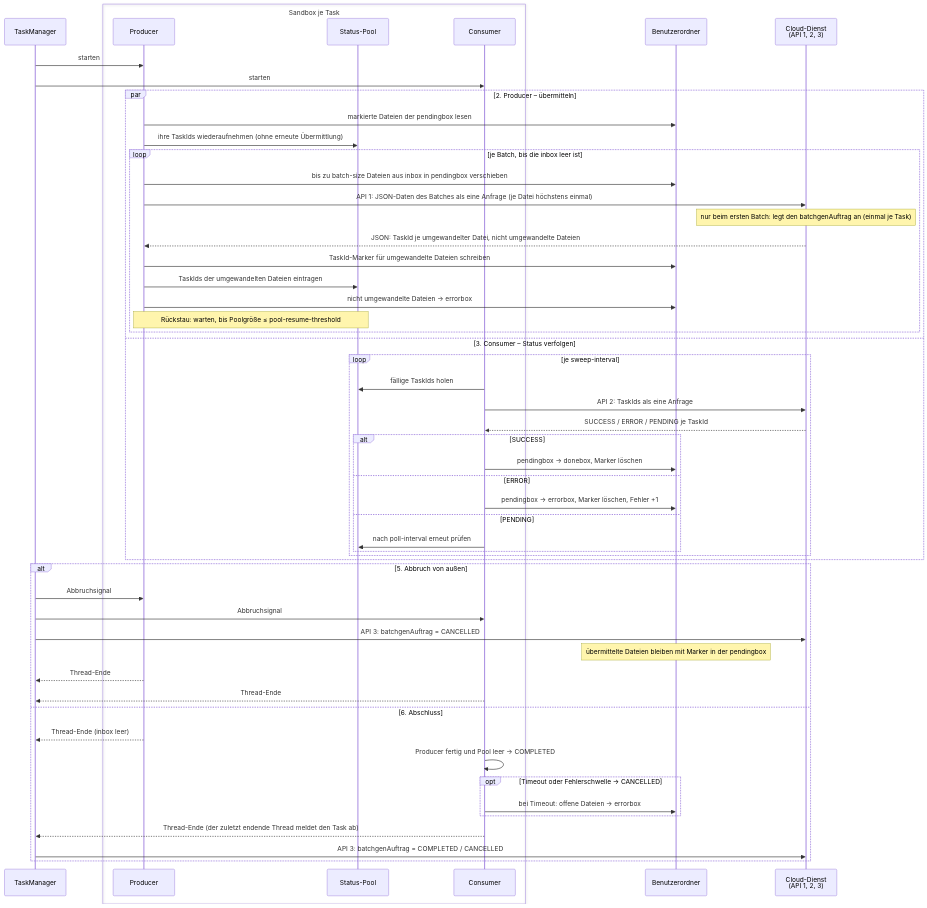
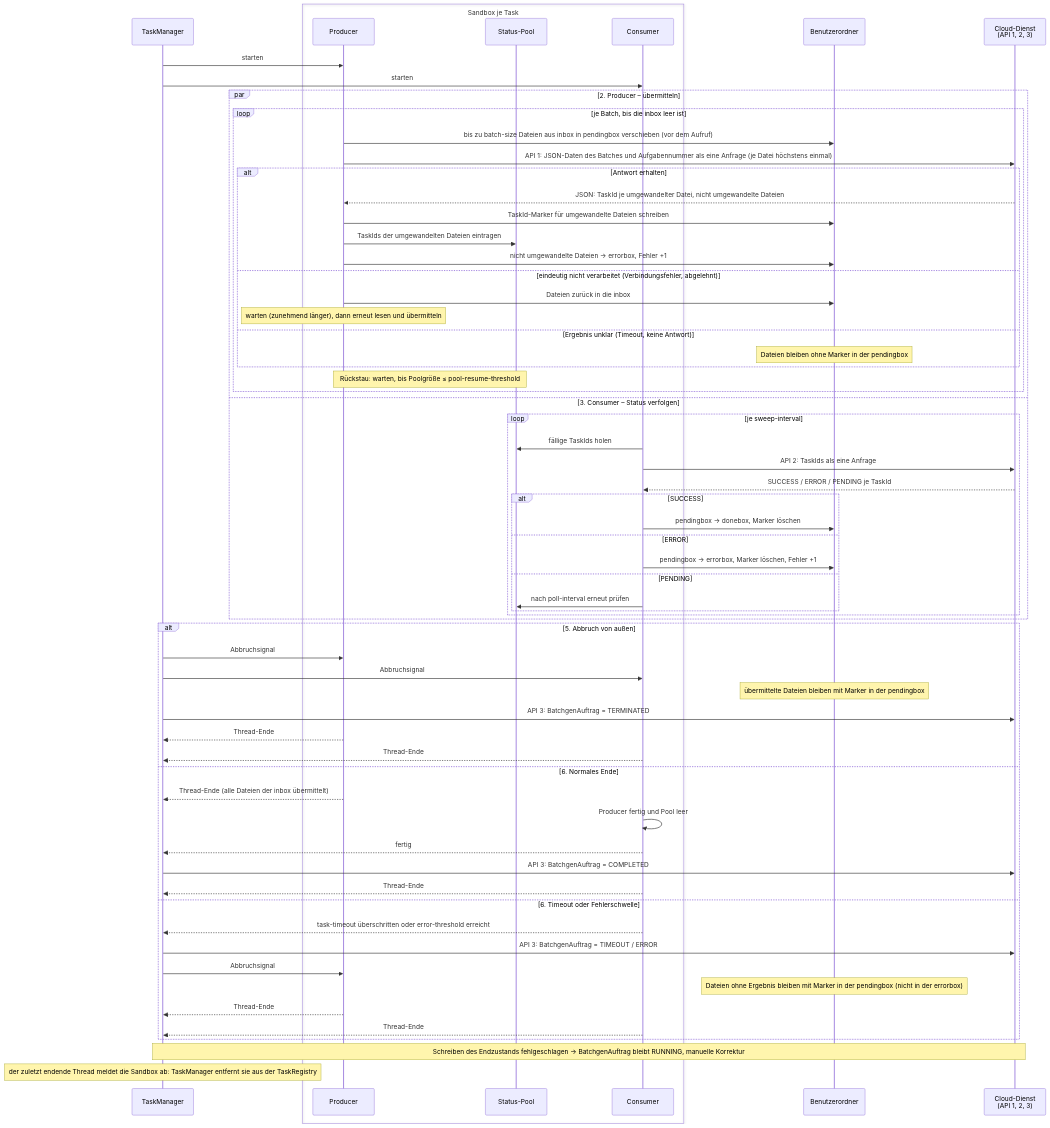
Before and after one commit to wwsstl/asynchrone-anwendungsarchitektur: the diagram in docs/architect/sandbox_sequenz.mmd, drawn with Mermaid. The commit also changed 19 other files, not shown here.

```diff
--- a/docs/architect/sandbox_sequenz.mmd
+++ b/docs/architect/sandbox_sequenz.mmd
@@ -1,60 +1,71 @@
 sequenceDiagram
     %% Innenansicht der Blackbox „Sandbox je Task“ aus funktionsweise_sequenz.mmd
-    %% Phasennummern wie in funktionsweise_sequenz.md
+    %% Phasennummern wie in funktionsweise_sequenz.md, der BatchgenAuftrag ist beim Start bereits angelegt
 
     participant TM as TaskManager
     box Sandbox je Task
         participant P as Producer
         participant Pool as Status-Pool
         participant C as Consumer
     end
     participant O as Benutzerordner
     participant Cloud as Cloud-Dienst<br/>(API 1, 2, 3)
 
     TM->>P: starten
     TM->>C: starten
 
     par 2. Producer – übermitteln
-        P->>O: markierte Dateien der pendingbox lesen
-        P->>Pool: ihre TaskIds wiederaufnehmen (ohne erneute Übermittlung)
         loop je Batch, bis die inbox leer ist
-            P->>O: bis zu batch-size Dateien aus inbox in pendingbox verschieben
-            P->>Cloud: API 1: JSON-Daten des Batches als eine Anfrage (je Datei höchstens einmal)
-            Note over Cloud: nur beim ersten Batch: legt den batchgenAuftrag an (einmal je Task)
-            Cloud-->>P: JSON: TaskId je umgewandelter Datei, nicht umgewandelte Dateien
-            P->>O: TaskId-Marker für umgewandelte Dateien schreiben
-            P->>Pool: TaskIds der umgewandelten Dateien eintragen
-            P->>O: nicht umgewandelte Dateien → errorbox
+            P->>O: bis zu batch-size Dateien aus inbox in pendingbox verschieben (vor dem Aufruf)
+            P->>Cloud: API 1: JSON-Daten des Batches und Aufgabennummer als eine Anfrage (je Datei höchstens einmal)
+            alt Antwort erhalten
+                Cloud-->>P: JSON: TaskId je umgewandelter Datei, nicht umgewandelte Dateien
+                P->>O: TaskId-Marker für umgewandelte Dateien schreiben
+                P->>Pool: TaskIds der umgewandelten Dateien eintragen
+                P->>O: nicht umgewandelte Dateien → errorbox, Fehler +1
+            else eindeutig nicht verarbeitet (Verbindungsfehler, abgelehnt)
+                P->>O: Dateien zurück in die inbox
+                Note over P: warten (zunehmend länger), dann erneut lesen und übermitteln
+            else Ergebnis unklar (Timeout, keine Antwort)
+                Note over O: Dateien bleiben ohne Marker in der pendingbox
+            end
             Note over P,Pool: Rückstau: warten, bis Poolgröße ≤ pool-resume-threshold
         end
     and 3. Consumer – Status verfolgen
         loop je sweep-interval
             C->>Pool: fällige TaskIds holen
             C->>Cloud: API 2: TaskIds als eine Anfrage
             Cloud-->>C: SUCCESS / ERROR / PENDING je TaskId
             alt SUCCESS
                 C->>O: pendingbox → donebox, Marker löschen
             else ERROR
                 C->>O: pendingbox → errorbox, Marker löschen, Fehler +1
             else PENDING
                 C->>Pool: nach poll-interval erneut prüfen
             end
         end
     end
 
     alt 5. Abbruch von außen
         TM->>P: Abbruchsignal
         TM->>C: Abbruchsignal
-        TM->>Cloud: API 3: batchgenAuftrag = CANCELLED
         Note over O: übermittelte Dateien bleiben mit Marker in der pendingbox
+        TM->>Cloud: API 3: BatchgenAuftrag = TERMINATED
         P-->>TM: Thread-Ende
         C-->>TM: Thread-Ende
-    else 6. Abschluss
-        P-->>TM: Thread-Ende (inbox leer)
-        C->>C: Producer fertig und Pool leer → COMPLETED
-        opt Timeout oder Fehlerschwelle → CANCELLED
-            C->>O: bei Timeout: offene Dateien → errorbox
-        end
-        C-->>TM: Thread-Ende (der zuletzt endende Thread meldet den Task ab)
-        TM->>Cloud: API 3: batchgenAuftrag = COMPLETED / CANCELLED
+    else 6. Normales Ende
+        P-->>TM: Thread-Ende (alle Dateien der inbox übermittelt)
+        C->>C: Producer fertig und Pool leer
+        C-->>TM: fertig
+        TM->>Cloud: API 3: BatchgenAuftrag = COMPLETED
+        C-->>TM: Thread-Ende
+    else 6. Timeout oder Fehlerschwelle
+        C-->>TM: task-timeout überschritten oder error-threshold erreicht
+        TM->>Cloud: API 3: BatchgenAuftrag = TIMEOUT / ERROR
+        TM->>P: Abbruchsignal
+        Note over O: Dateien ohne Ergebnis bleiben mit Marker in der pendingbox (nicht in der errorbox)
+        P-->>TM: Thread-Ende
+        C-->>TM: Thread-Ende
     end
+    Note over TM,Cloud: Schreiben des Endzustands fehlgeschlagen → BatchgenAuftrag bleibt RUNNING, manuelle Korrektur
+    Note over TM: der zuletzt endende Thread meldet die Sandbox ab: TaskManager entfernt sie aus der TaskRegistry
```
